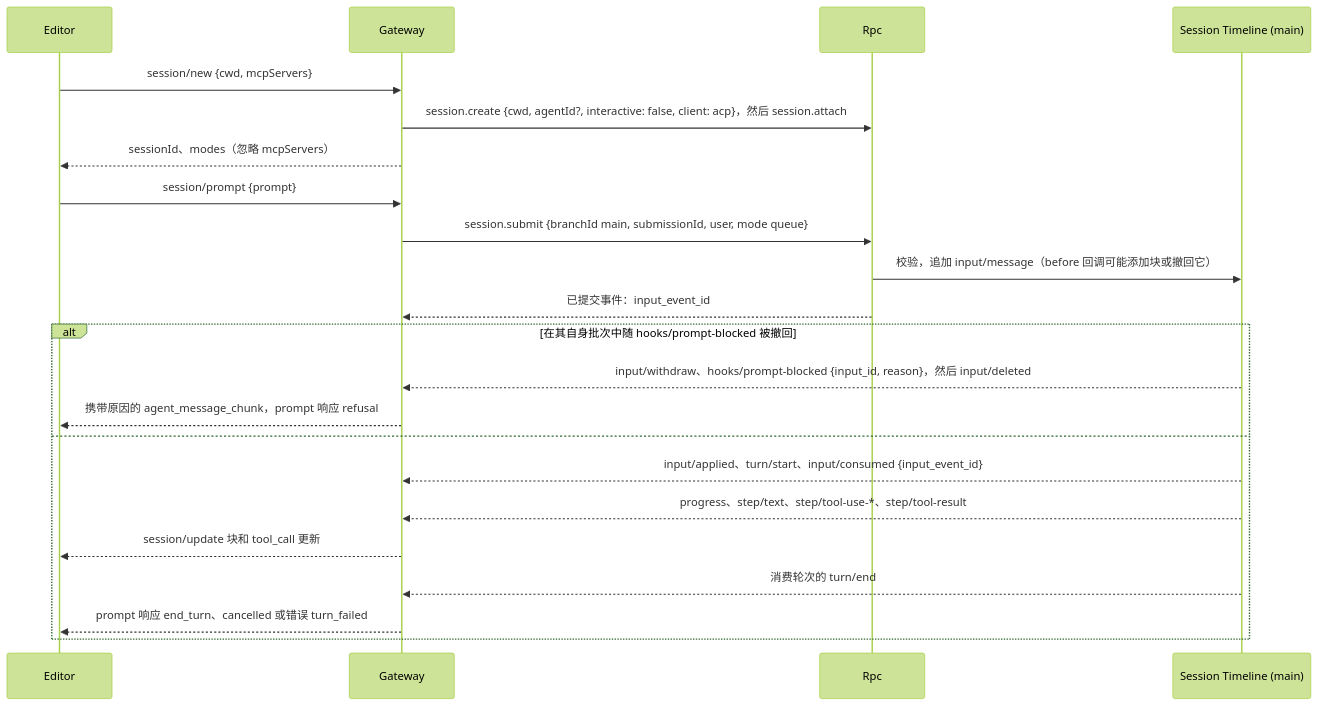
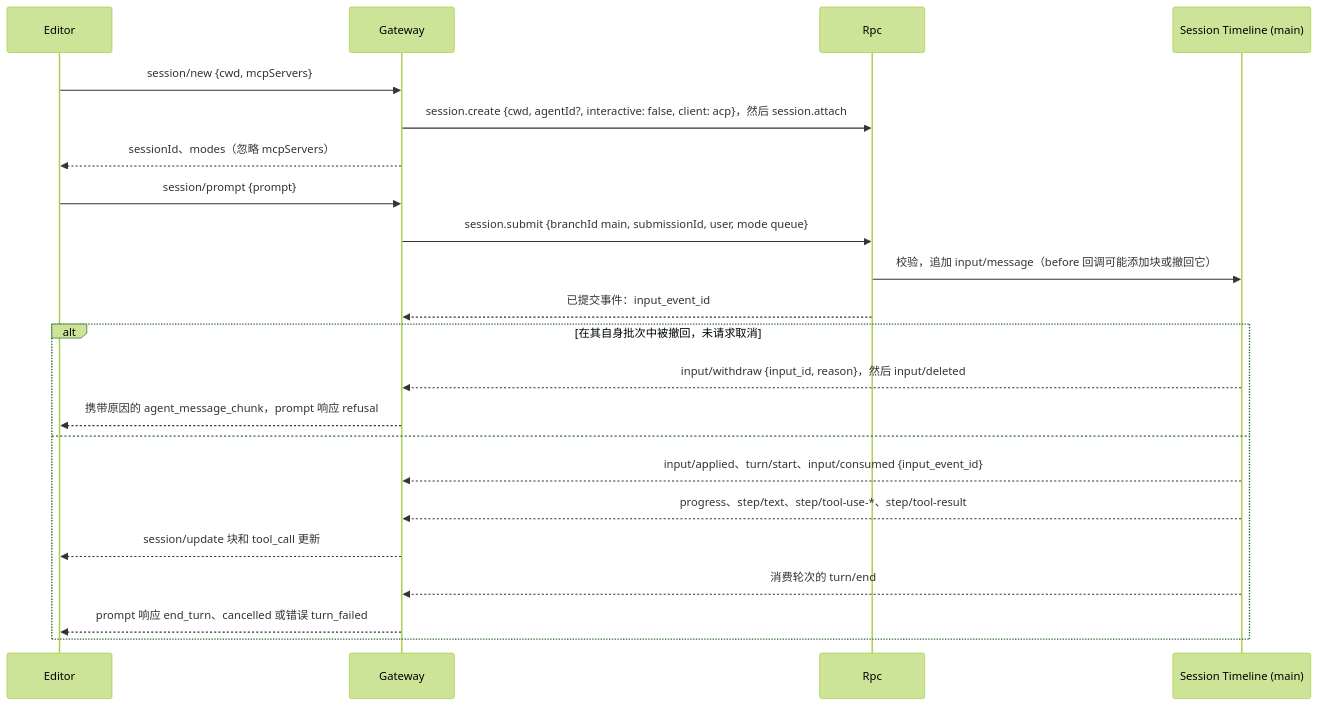
The third of 5 diagrams in docs/zh/design/plugins/AcpGateway.md (CoutinhoTTS/dim-agent), drawn with Mermaid (forest theme) before and after one commit. The commit also changed other lines of this file and 42 other files, not shown here.

````diff
--- a/docs/zh/design/plugins/AcpGateway.md
+++ b/docs/zh/design/plugins/AcpGateway.md
@@ -65,24 +65,24 @@
 ```mermaid
 sequenceDiagram
   participant E as Editor
   participant G as Gateway
   participant R as Rpc
   participant TL as Session Timeline (main)
   E->>G: session/new {cwd, mcpServers}
   G->>R: session.create {cwd, agentId?, interactive: false, client: acp}，然后 session.attach
   G-->>E: sessionId、modes（忽略 mcpServers）
   E->>G: session/prompt {prompt}
   G->>R: session.submit {branchId main, submissionId, user, mode queue}
   R->>TL: 校验，追加 input/message（before 回调可能添加块或撤回它）
   R-->>G: 已提交事件：input_event_id
-  alt 在其自身批次中随 hooks/prompt-blocked 被撤回
-    TL-->>G: input/withdraw、hooks/prompt-blocked {input_id, reason}，然后 input/deleted
+  alt 在其自身批次中被撤回，未请求取消
+    TL-->>G: input/withdraw {input_id, reason}，然后 input/deleted
     G-->>E: 携带原因的 agent_message_chunk，prompt 响应 refusal
   else
   TL-->>G: input/applied、turn/start、input/consumed {input_event_id}
   TL-->>G: progress、step/text、step/tool-use-*、step/tool-result
   G-->>E: session/update 块和 tool_call 更新
   TL-->>G: 消费轮次的 turn/end
   G-->>E: prompt 响应 end_turn、cancelled 或错误 turn_failed
   end
 ```
````
